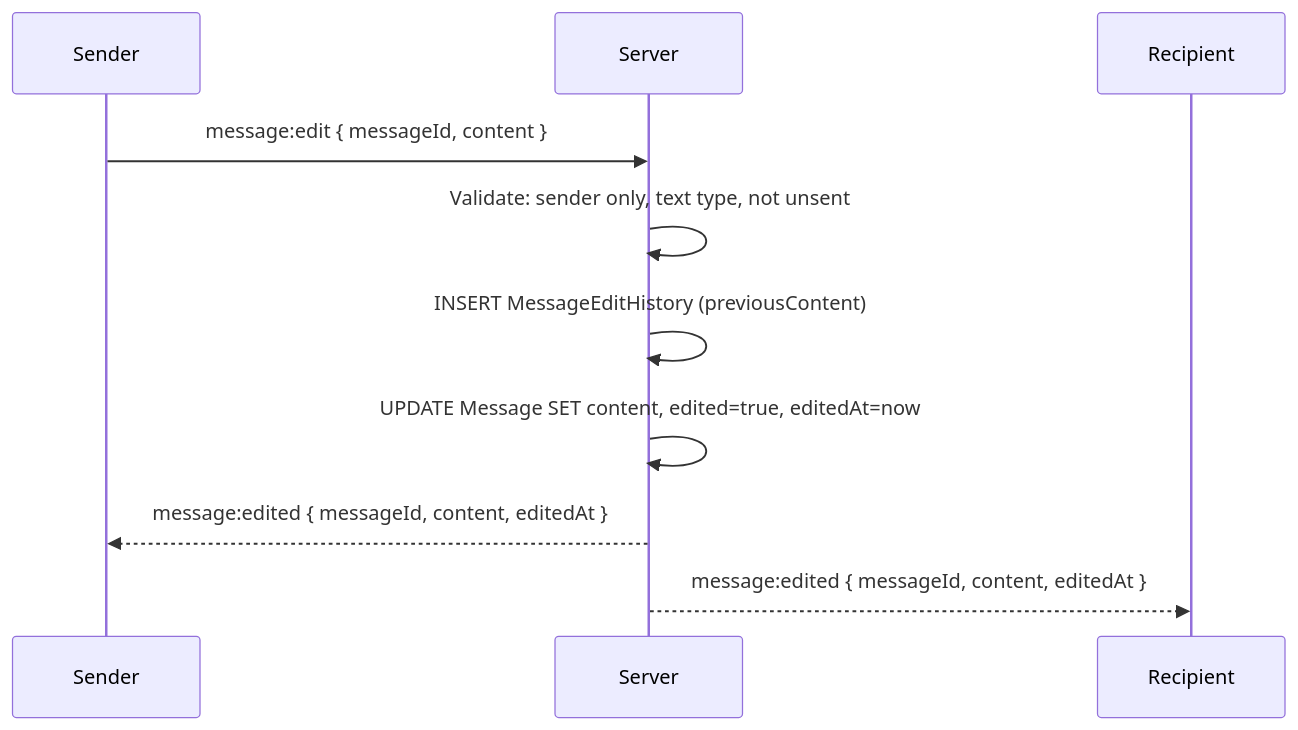
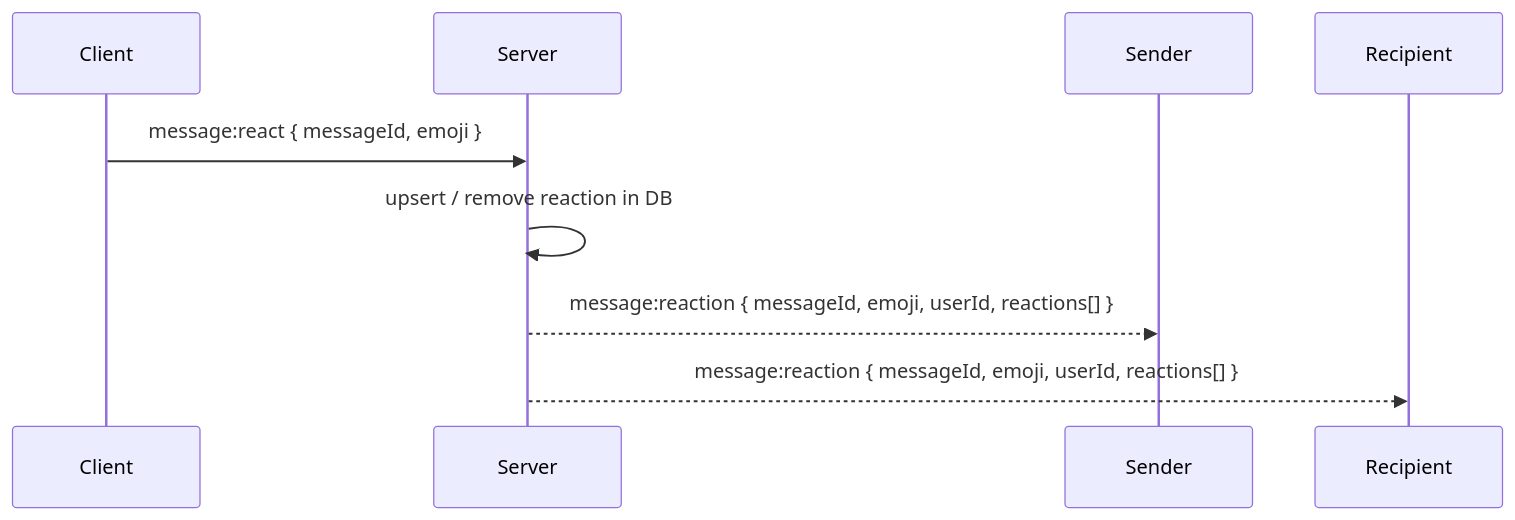
Before and after one commit to neofuture/chatr: the seventh of 8 diagrams in Documentation/Features/MESSAGING.md, drawn with Mermaid. The commit also changed other lines of this file and 158 other files, not shown here.

````diff
--- a/Documentation/Features/MESSAGING.md
+++ b/Documentation/Features/MESSAGING.md
@@ -176,13 +204,7 @@
 ```mermaid
 sequenceDiagram
-    participant S as Sender
-    participant SV as Server
-    participant R as Recipient
-
-    S->>SV: message:edit { messageId, content }
-    SV->>SV: Validate: sender only, text type, not unsent
-    SV->>SV: INSERT MessageEditHistory (previousContent)
-    SV->>SV: UPDATE Message SET content, edited=true, editedAt=now
-    SV-->>S: message:edited { messageId, content, editedAt }
-    SV-->>R: message:edited { messageId, content, editedAt }
+    Client->>Server: message:react { messageId, emoji }
+    Server->>Server: upsert / remove reaction in DB
+    Server-->>Sender: message:reaction { messageId, emoji, userId, reactions[] }
+    Server-->>Recipient: message:reaction { messageId, emoji, userId, reactions[] }
 ```
````
